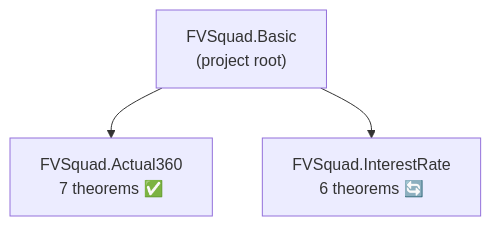
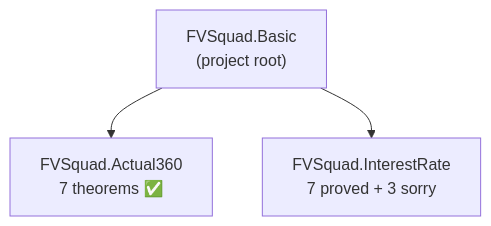
Before and after one commit to dsyme/QuantLib: the first of 6 diagrams in formal-verification/REPORT.md, drawn with Mermaid. The commit also changed other lines of this file and 1 other file, not shown here.

First line of the commit message:
feat: prove 7 InterestRate theorems over exact rationals (#6)

````diff
--- a/formal-verification/REPORT.md
+++ b/formal-verification/REPORT.md
@@ -21,8 +21,8 @@
 ```mermaid
 graph TD
     A["FVSquad.Basic<br/>(project root)"]
     B["FVSquad.Actual360<br/>7 theorems ✅"]
-    C["FVSquad.InterestRate<br/>6 theorems 🔄"]
+    C["FVSquad.InterestRate<br/>7 proved + 3 sorry"]
     A --> B
     A --> C
 ```
````
